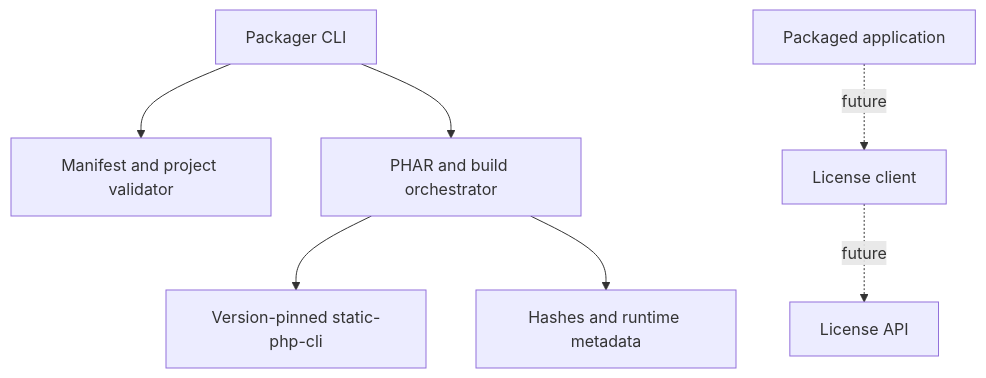
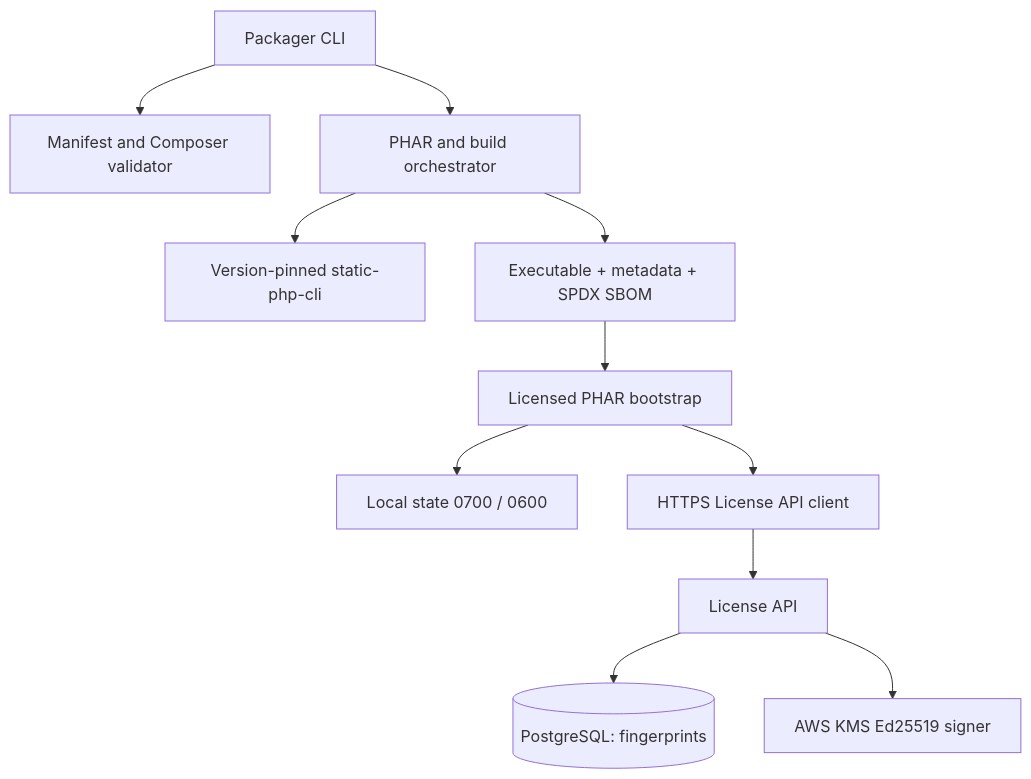
The second of 2 diagrams in docs/architecture.en.md (localzet/Packager), drawn with Mermaid before and after one commit. The commit also changed other lines of this file and 20 other files, not shown here.

First line of the commit message:
feat: add signed online license lease runtime

````diff
--- a/docs/architecture.en.md
+++ b/docs/architecture.en.md
@@ -28,9 +34,13 @@
 ```mermaid
 flowchart TB
-  CLI[Packager CLI] --> Validator[Manifest and project validator]
+  CLI[Packager CLI] --> Validator[Manifest and Composer validator]
   CLI --> Builder[PHAR and build orchestrator]
   Builder --> SPC[Version-pinned static-php-cli]
-  Builder --> Metadata[Hashes and runtime metadata]
-  App[Packaged application] -. future .-> Client[License client]
-  Client -. future .-> API[License API]
+  Builder --> Bundle[Executable + metadata + SPDX SBOM]
+  Bundle --> Stub[Licensed PHAR bootstrap]
+  Stub --> Store[Local state 0700 / 0600]
+  Stub --> Client[HTTPS License API client]
+  Client --> API[License API]
+  API --> Database[(PostgreSQL: fingerprints)]
+  API --> Signer[AWS KMS Ed25519 signer]
 ```
````
